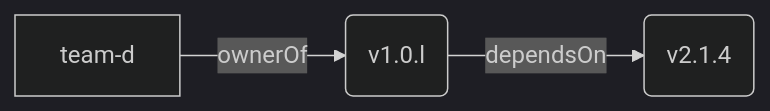
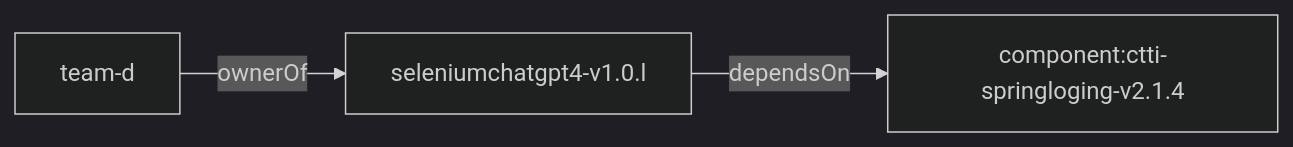
The diagram in docs/index.md (juananmora/seleniumchatgpt4), drawn with Mermaid (dark theme) before and after one commit.

````diff
--- a/docs/index.md
+++ b/docs/index.md
@@ -34,4 +34,4 @@
 ```mermaid
 flowchart LR
-   team-d -- ownerOf --> seleniumchatgpt4(v1.0.l)-- dependsOn --> component:ctti-springloging(v2.1.4)
+   team-d -- ownerOf --> seleniumchatgpt4-v1.0.l-- dependsOn --> component:ctti-springloging-v2.1.4
 ```
````
